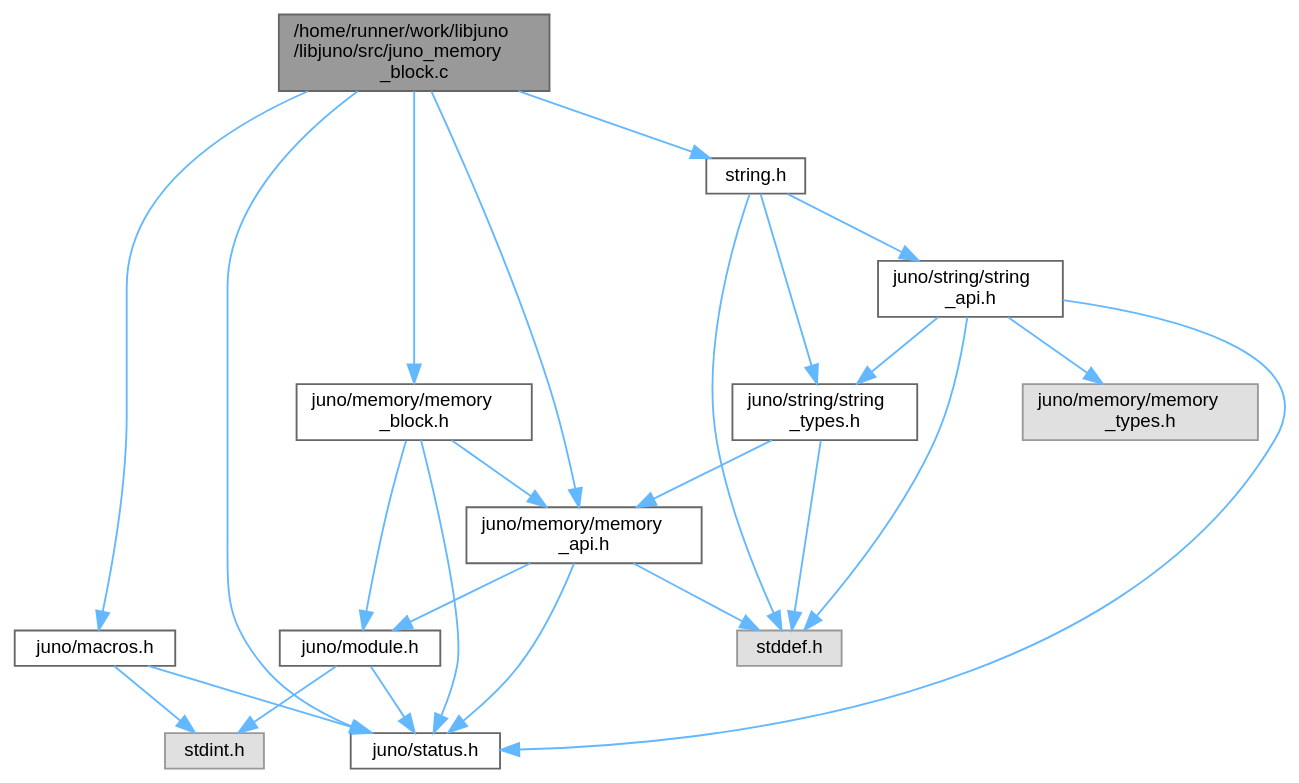
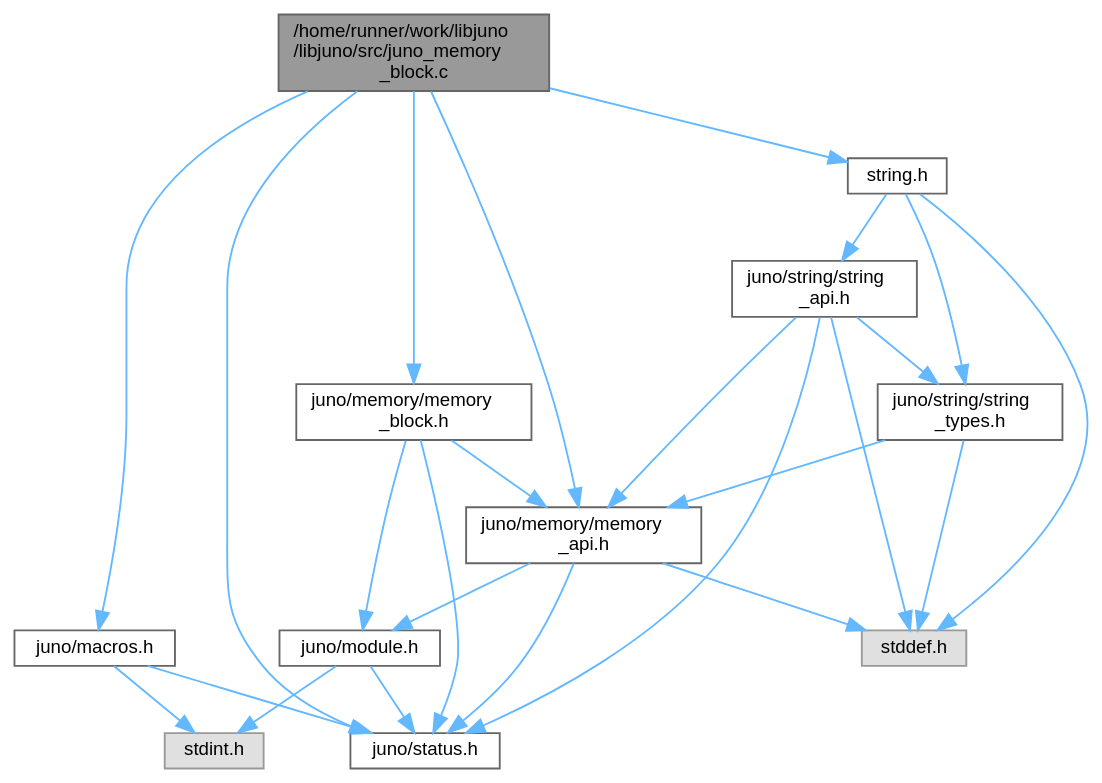
The diagram in juno__memory__block_8c__incl.dot (robinonsay/libjuno), drawn with Graphviz before and after one commit. The commit also changed 192 other files, not shown here.

```diff
--- a/juno__memory__block_8c__incl.dot
+++ b/juno__memory__block_8c__incl.dot
@@ -1,43 +1,42 @@
 digraph "/home/runner/work/libjuno/libjuno/src/juno_memory_block.c"
 {
  // LATEX_PDF_SIZE
   bgcolor="transparent";
   edge [fontname=Helvetica,fontsize=10,labelfontname=Helvetica,labelfontsize=10];
   node [fontname=Helvetica,fontsize=10,shape=box,height=0.2,width=0.4];
   Node1 [id="Node000001",label="/home/runner/work/libjuno\l/libjuno/src/juno_memory\l_block.c",height=0.2,width=0.4,color="gray40", fillcolor="grey60", style="filled", fontcolor="black",tooltip=" "];
   Node1 -> Node2 [id="edge1_Node000001_Node000002",color="steelblue1",style="solid",tooltip=" "];
   Node2 [id="Node000002",label="juno/memory/memory\l_block.h",height=0.2,width=0.4,color="grey40", fillcolor="white", style="filled",URL="$memory__block_8h.html",tooltip=" "];
   Node2 -> Node3 [id="edge2_Node000002_Node000003",color="steelblue1",style="solid",tooltip=" "];
   Node3 [id="Node000003",label="juno/module.h",height=0.2,width=0.4,color="grey40", fillcolor="white", style="filled",URL="$module_8h.html",tooltip=" "];
   Node3 -> Node4 [id="edge3_Node000003_Node000004",color="steelblue1",style="solid",tooltip=" "];
   Node4 [id="Node000004",label="juno/status.h",height=0.2,width=0.4,color="grey40", fillcolor="white", style="filled",URL="$status_8h.html",tooltip=" "];
   Node3 -> Node5 [id="edge4_Node000003_Node000005",color="steelblue1",style="solid",tooltip=" "];
   Node5 [id="Node000005",label="stdint.h",height=0.2,width=0.4,color="grey60", fillcolor="#E0E0E0", style="filled",tooltip=" "];
   Node2 -> Node4 [id="edge5_Node000002_Node000004",color="steelblue1",style="solid",tooltip=" "];
   Node2 -> Node6 [id="edge6_Node000002_Node000006",color="steelblue1",style="solid",tooltip=" "];
   Node6 [id="Node000006",label="juno/memory/memory\l_api.h",height=0.2,width=0.4,color="grey40", fillcolor="white", style="filled",URL="$memory__api_8h.html",tooltip=" "];
   Node6 -> Node4 [id="edge7_Node000006_Node000004",color="steelblue1",style="solid",tooltip=" "];
   Node6 -> Node3 [id="edge8_Node000006_Node000003",color="steelblue1",style="solid",tooltip=" "];
   Node6 -> Node7 [id="edge9_Node000006_Node000007",color="steelblue1",style="solid",tooltip=" "];
   Node7 [id="Node000007",label="stddef.h",height=0.2,width=0.4,color="grey60", fillcolor="#E0E0E0", style="filled",tooltip=" "];
   Node1 -> Node8 [id="edge10_Node000001_Node000008",color="steelblue1",style="solid",tooltip=" "];
   Node8 [id="Node000008",label="juno/macros.h",height=0.2,width=0.4,color="grey40", fillcolor="white", style="filled",URL="$macros_8h.html",tooltip=" "];
   Node8 -> Node4 [id="edge11_Node000008_Node000004",color="steelblue1",style="solid",tooltip=" "];
   Node8 -> Node5 [id="edge12_Node000008_Node000005",color="steelblue1",style="solid",tooltip=" "];
   Node1 -> Node4 [id="edge13_Node000001_Node000004",color="steelblue1",style="solid",tooltip=" "];
   Node1 -> Node6 [id="edge14_Node000001_Node000006",color="steelblue1",style="solid",tooltip=" "];
   Node1 -> Node9 [id="edge15_Node000001_Node000009",color="steelblue1",style="solid",tooltip=" "];
   Node9 [id="Node000009",label="string.h",height=0.2,width=0.4,color="grey40", fillcolor="white", style="filled",URL="$string_8h.html",tooltip=" "];
   Node9 -> Node10 [id="edge16_Node000009_Node000010",color="steelblue1",style="solid",tooltip=" "];
   Node10 [id="Node000010",label="juno/string/string\l_api.h",height=0.2,width=0.4,color="grey40", fillcolor="white", style="filled",URL="$string__api_8h.html",tooltip=" "];
-  Node10 -> Node11 [id="edge17_Node000010_Node000011",color="steelblue1",style="solid",tooltip=" "];
-  Node11 [id="Node000011",label="juno/memory/memory\l_types.h",height=0.2,width=0.4,color="grey60", fillcolor="#E0E0E0", style="filled",tooltip=" "];
+  Node10 -> Node6 [id="edge17_Node000010_Node000006",color="steelblue1",style="solid",tooltip=" "];
   Node10 -> Node4 [id="edge18_Node000010_Node000004",color="steelblue1",style="solid",tooltip=" "];
-  Node10 -> Node12 [id="edge19_Node000010_Node000012",color="steelblue1",style="solid",tooltip=" "];
-  Node12 [id="Node000012",label="juno/string/string\l_types.h",height=0.2,width=0.4,color="grey40", fillcolor="white", style="filled",URL="$string__types_8h.html",tooltip=" "];
-  Node12 -> Node6 [id="edge20_Node000012_Node000006",color="steelblue1",style="solid",tooltip=" "];
-  Node12 -> Node7 [id="edge21_Node000012_Node000007",color="steelblue1",style="solid",tooltip=" "];
+  Node10 -> Node11 [id="edge19_Node000010_Node000011",color="steelblue1",style="solid",tooltip=" "];
+  Node11 [id="Node000011",label="juno/string/string\l_types.h",height=0.2,width=0.4,color="grey40", fillcolor="white", style="filled",URL="$string__types_8h.html",tooltip=" "];
+  Node11 -> Node6 [id="edge20_Node000011_Node000006",color="steelblue1",style="solid",tooltip=" "];
+  Node11 -> Node7 [id="edge21_Node000011_Node000007",color="steelblue1",style="solid",tooltip=" "];
   Node10 -> Node7 [id="edge22_Node000010_Node000007",color="steelblue1",style="solid",tooltip=" "];
-  Node9 -> Node12 [id="edge23_Node000009_Node000012",color="steelblue1",style="solid",tooltip=" "];
+  Node9 -> Node11 [id="edge23_Node000009_Node000011",color="steelblue1",style="solid",tooltip=" "];
   Node9 -> Node7 [id="edge24_Node000009_Node000007",color="steelblue1",style="solid",tooltip=" "];
 }
```
